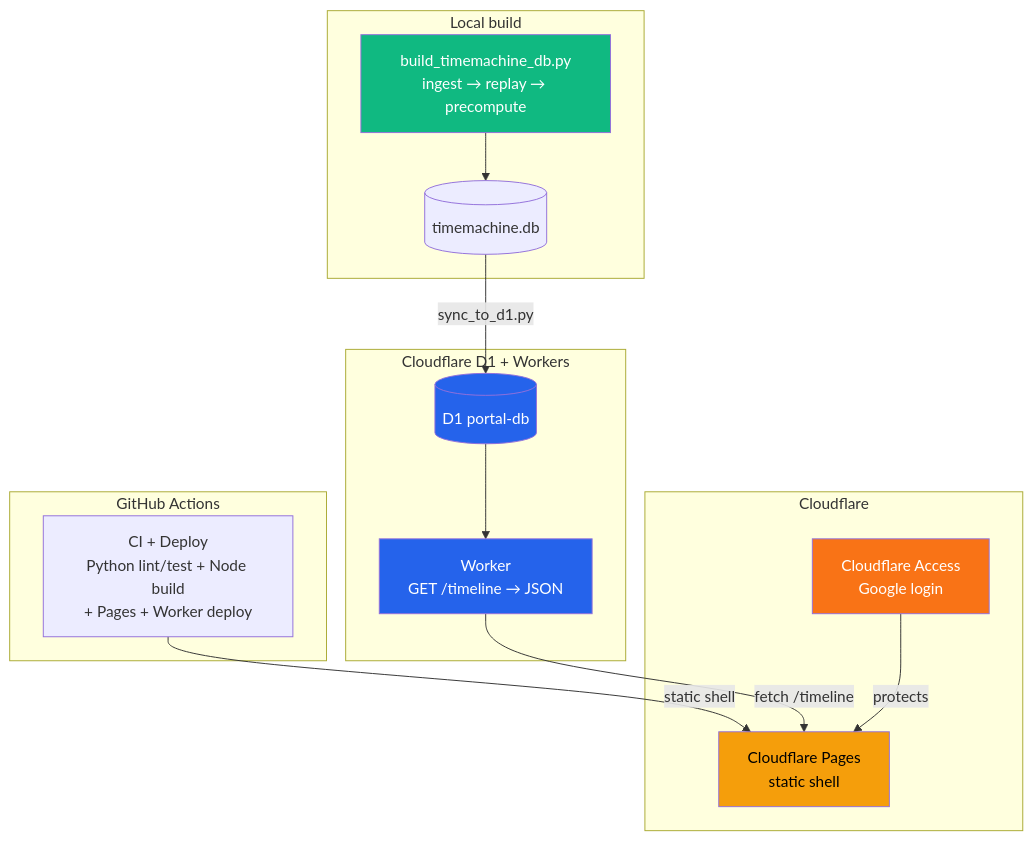
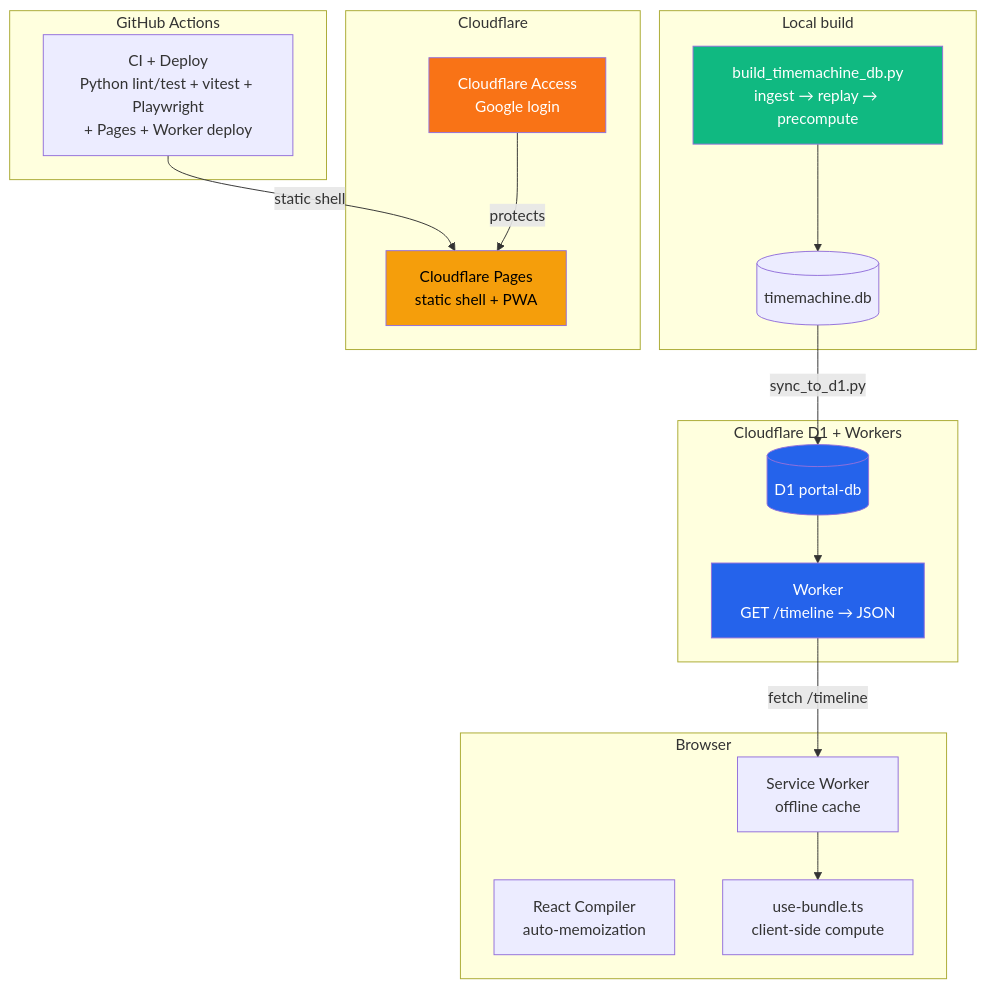
Before and after one commit to Guoyuer/portal: the first of 3 diagrams in README.md, drawn with Mermaid. The commit also changed other lines of this file and 3 other files, not shown here.

First line of the commit message:
chore: add Dependabot, update architecture diagram, revert ESLint 10

````diff
--- a/README.md
+++ b/README.md
@@ -9,34 +9,41 @@
 ```mermaid
 graph TB
     subgraph "Local build"
         BUILD["build_timemachine_db.py<br/>ingest → replay → precompute"]
         DB[(timemachine.db)]
     end
 
     subgraph "Cloudflare D1 + Workers"
         D1[(D1 portal-db)]
         WORKER["Worker<br/>GET /timeline → JSON"]
     end
 
     subgraph "GitHub Actions"
-        CI["CI + Deploy<br/>Python lint/test + Node build<br/>+ Pages + Worker deploy"]
+        CI["CI + Deploy<br/>Python lint/test + vitest + Playwright<br/>+ Pages + Worker deploy"]
     end
 
     subgraph "Cloudflare"
         ACCESS["Cloudflare Access<br/>Google login"]
-        PAGES["Cloudflare Pages<br/>static shell"]
+        PAGES["Cloudflare Pages<br/>static shell + PWA"]
+    end
+
+    subgraph "Browser"
+        SW["Service Worker<br/>offline cache"]
+        RC["React Compiler<br/>auto-memoization"]
+        COMPUTE["use-bundle.ts<br/>client-side compute"]
     end
 
     BUILD --> DB
     DB -->|sync_to_d1.py| D1
     D1 --> WORKER
     CI -->|static shell| PAGES
-    WORKER -->|"fetch /timeline"| PAGES
+    WORKER -->|"fetch /timeline"| SW
+    SW --> COMPUTE
     ACCESS -->|protects| PAGES
 
     style BUILD fill:#10b981,color:#fff
     style WORKER fill:#2563eb,color:#fff
     style PAGES fill:#f59e0b,color:#000
     style ACCESS fill:#f97316,color:#fff
     style D1 fill:#2563eb,color:#fff
 ```
````
